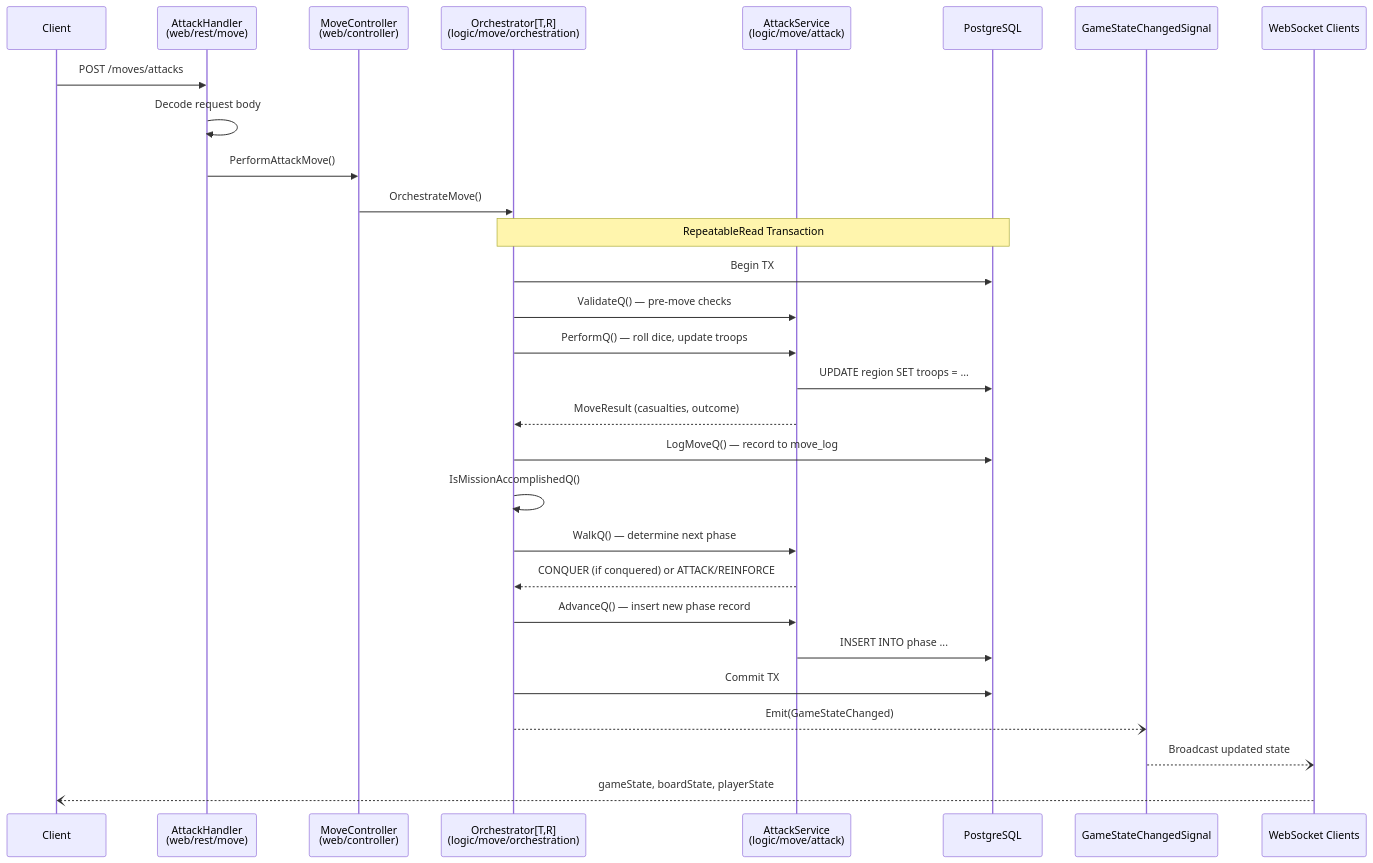
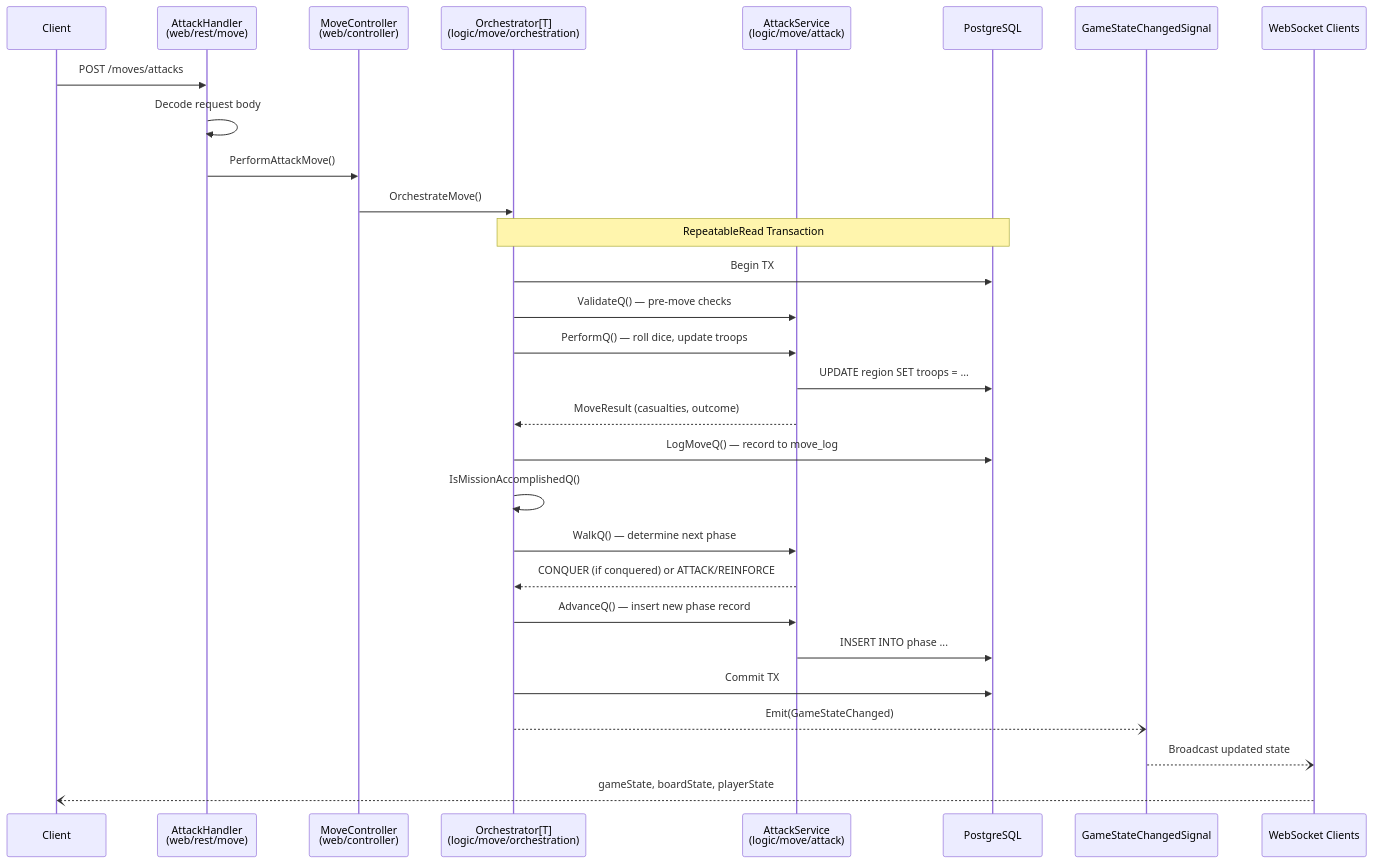
The third of 6 diagrams in docs/architecture.md (go-risk-it/go-risk-it), drawn with Mermaid before and after one commit. The commit also changed 8 other files, not shown here.

````diff
--- a/docs/architecture.md
+++ b/docs/architecture.md
@@ -116,34 +116,34 @@
 ```mermaid
 sequenceDiagram
     participant Client
     participant Handler as AttackHandler<br/>(web/rest/move)
     participant Controller as MoveController<br/>(web/controller)
-    participant Orchestrator as Orchestrator[T,R]<br/>(logic/move/orchestration)
+    participant Orchestrator as Orchestrator[T]<br/>(logic/move/orchestration)
     participant Service as AttackService<br/>(logic/move/attack)
     participant DB as PostgreSQL
     participant Signal as GameStateChangedSignal
     participant WS as WebSocket Clients
 
     Client->>Handler: POST /moves/attacks
     Handler->>Handler: Decode request body
     Handler->>Controller: PerformAttackMove()
     Controller->>Orchestrator: OrchestrateMove()
 
     Note over Orchestrator,DB: RepeatableRead Transaction
     Orchestrator->>DB: Begin TX
     Orchestrator->>Service: ValidateQ() — pre-move checks
     Orchestrator->>Service: PerformQ() — roll dice, update troops
     Service->>DB: UPDATE region SET troops = ...
     Service-->>Orchestrator: MoveResult (casualties, outcome)
     Orchestrator->>DB: LogMoveQ() — record to move_log
     Orchestrator->>Orchestrator: IsMissionAccomplishedQ()
     Orchestrator->>Service: WalkQ() — determine next phase
     Service-->>Orchestrator: CONQUER (if conquered) or ATTACK/REINFORCE
     Orchestrator->>Service: AdvanceQ() — insert new phase record
     Service->>DB: INSERT INTO phase ...
     Orchestrator->>DB: Commit TX
 
     Orchestrator--)Signal: Emit(GameStateChanged)
     Signal--)WS: Broadcast updated state
     WS--)Client: gameState, boardState, playerState
 ```
````
